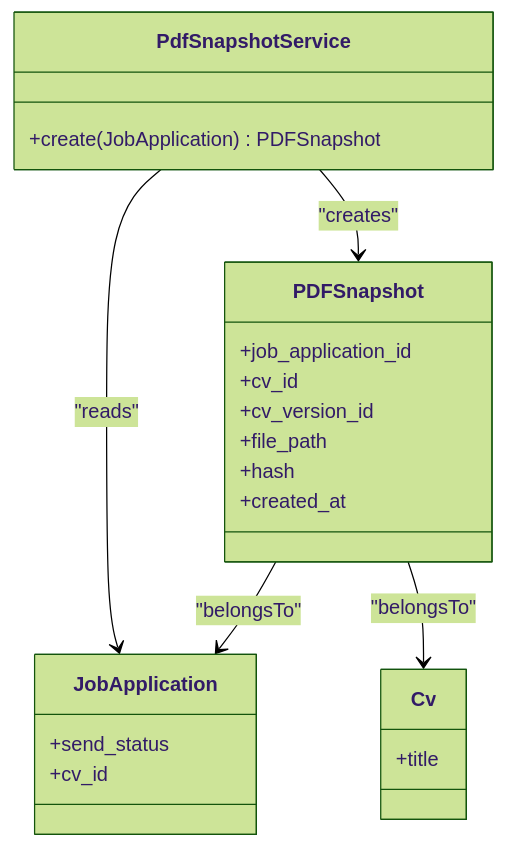
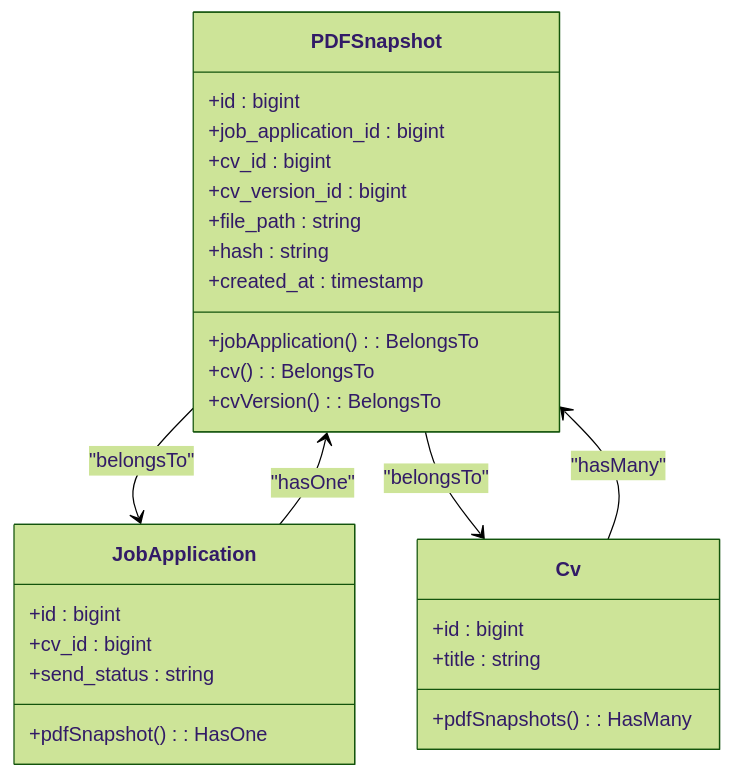
Before and after one commit to withoutfanfare/cv-builder: the third of 7 diagrams in .qoder/repowiki/en/content/PDF Generation/PDF Generation.md, drawn with Mermaid (forest theme). The commit also changed other lines of this file and 128 other files, not shown here.

````diff
--- a/.qoder/repowiki/en/content/PDF Generation/PDF Generation.md
+++ b/.qoder/repowiki/en/content/PDF Generation/PDF Generation.md
@@ -100,25 +98,30 @@
 ```mermaid
 classDiagram
-class PdfSnapshotService {
-+create(JobApplication) PDFSnapshot
-}
 class PDFSnapshot {
-+job_application_id
-+cv_id
-+cv_version_id
-+file_path
-+hash
-+created_at
++id : bigint
++job_application_id : bigint
++cv_id : bigint
++cv_version_id : bigint
++file_path : string
++hash : string
++created_at : timestamp
++jobApplication() : BelongsTo
++cv() : BelongsTo
++cvVersion() : BelongsTo
 }
 class JobApplication {
-+send_status
-+cv_id
++id : bigint
++cv_id : bigint
++send_status : string
++pdfSnapshot() : HasOne
 }
 class Cv {
-+title
++id : bigint
++title : string
++pdfSnapshots() : HasMany
 }
-PdfSnapshotService --> PDFSnapshot : "creates"
-PdfSnapshotService --> JobApplication : "reads"
 PDFSnapshot --> JobApplication : "belongsTo"
 PDFSnapshot --> Cv : "belongsTo"
+JobApplication --> PDFSnapshot : "hasOne"
+Cv --> PDFSnapshot : "hasMany"
 ```
````
